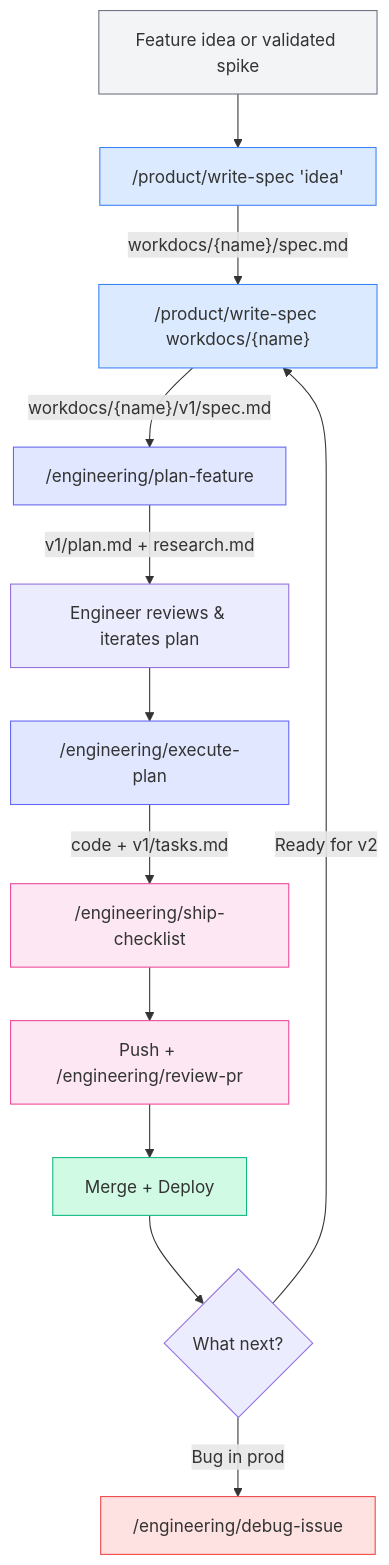
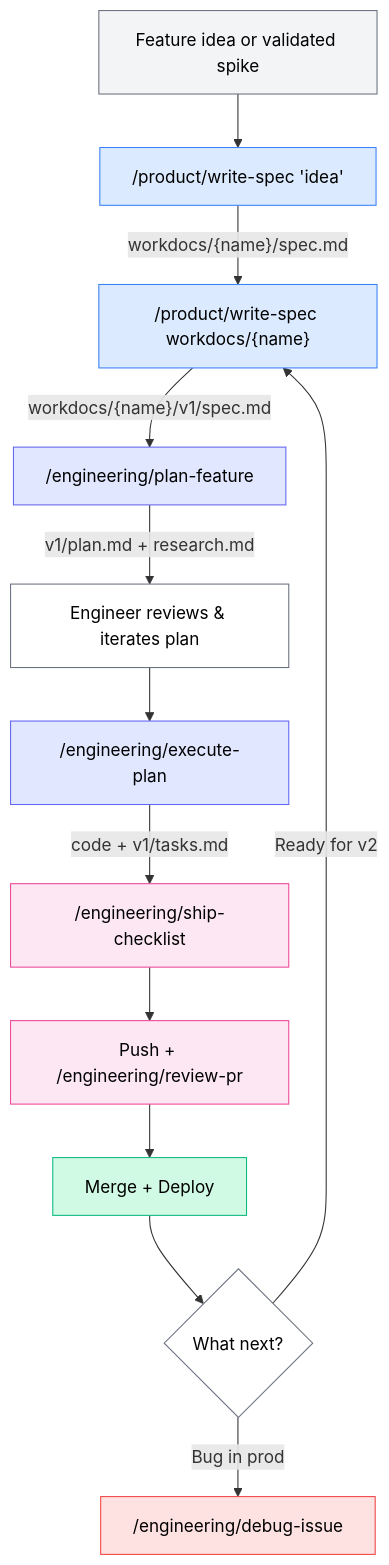
One commit to DalgoT4D/dalgo-core changed the second of 2 diagrams in README.md. Above: the diagram before and after it, drawn with Mermaid. The commit also changed other lines of this file, not shown here.

Commit message:
updated the mermaid workflow

````diff
--- a/README.md
+++ b/README.md
@@ -72,24 +77,26 @@
 ```mermaid
 flowchart TD
     A["Feature idea or validated spike"] --> B["/product/write-spec 'idea'"]
     B --> |"workdocs/{name}/spec.md"| C["/product/write-spec workdocs/{name}"]
     C --> |"workdocs/{name}/v1/spec.md"| D["/engineering/plan-feature"]
     D --> |"v1/plan.md + research.md"| E["Engineer reviews & iterates plan"]
     E --> F["/engineering/execute-plan"]
     F --> |"code + v1/tasks.md"| G["/engineering/ship-checklist"]
     G --> H["Push + /engineering/review-pr"]
     H --> I["Merge + Deploy"]
     I --> J{What next?}
     J --> |"Bug in prod"| K["/engineering/debug-issue"]
     J --> |"Ready for v2"| C
 
-    style A fill:#f3f4f6,stroke:#6b7280
-    style B fill:#dbeafe,stroke:#3b82f6
-    style C fill:#dbeafe,stroke:#3b82f6
-    style D fill:#e0e7ff,stroke:#6366f1
-    style F fill:#e0e7ff,stroke:#6366f1
-    style G fill:#fce7f3,stroke:#ec4899
-    style H fill:#fce7f3,stroke:#ec4899
-    style I fill:#d1fae5,stroke:#10b981
-    style K fill:#fee2e2,stroke:#ef4444
+    style A fill:#f3f4f6,stroke:#6b7280,color:#000
+    style B fill:#dbeafe,stroke:#3b82f6,color:#000
+    style C fill:#dbeafe,stroke:#3b82f6,color:#000
+    style D fill:#e0e7ff,stroke:#6366f1,color:#000
+    style E fill:#fff,stroke:#6b7280,color:#000
+    style F fill:#e0e7ff,stroke:#6366f1,color:#000
+    style G fill:#fce7f3,stroke:#ec4899,color:#000
+    style H fill:#fce7f3,stroke:#ec4899,color:#000
+    style I fill:#d1fae5,stroke:#10b981,color:#000
+    style J fill:#fff,stroke:#6b7280,color:#000
+    style K fill:#fee2e2,stroke:#ef4444,color:#000
 ```
````
